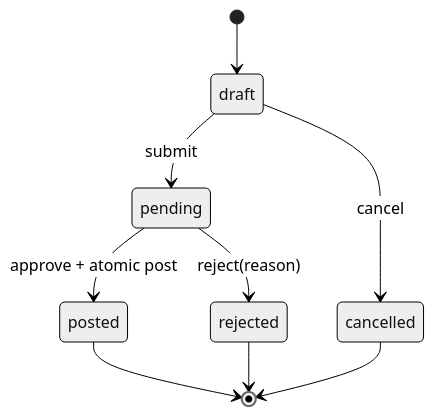
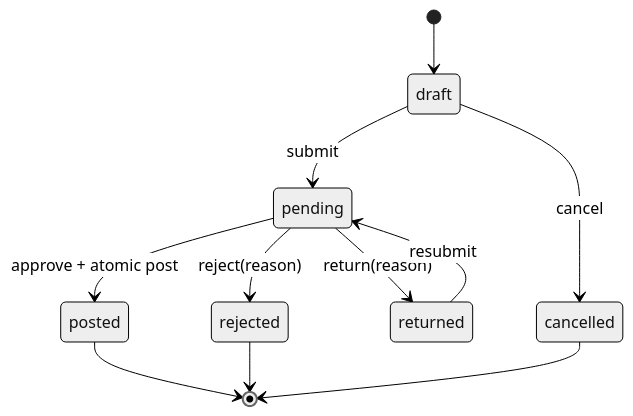
Before and after one commit to imtarget05/BankOps: the diagram in docs/05-workflows.md, drawn with Mermaid (neutral theme). The commit also changed other lines of this file and 106 other files, not shown here.

````diff
--- a/docs/05-workflows.md
+++ b/docs/05-workflows.md
@@ -5,11 +5,13 @@
 ```mermaid
 stateDiagram-v2
   [*] --> draft
   draft --> pending: submit
   draft --> cancelled: cancel
   pending --> posted: approve + atomic post
   pending --> rejected: reject(reason)
+  pending --> returned: return(reason)
+  returned --> pending: resubmit
   posted --> [*]
   rejected --> [*]
   cancelled --> [*]
 ```
````
